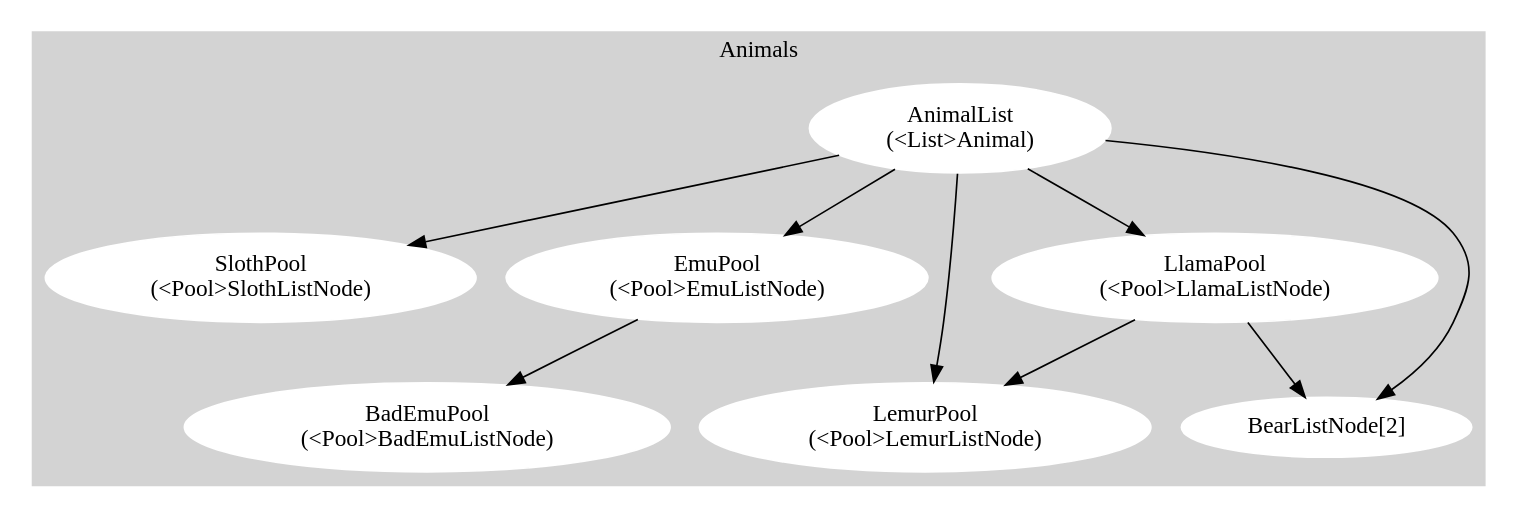
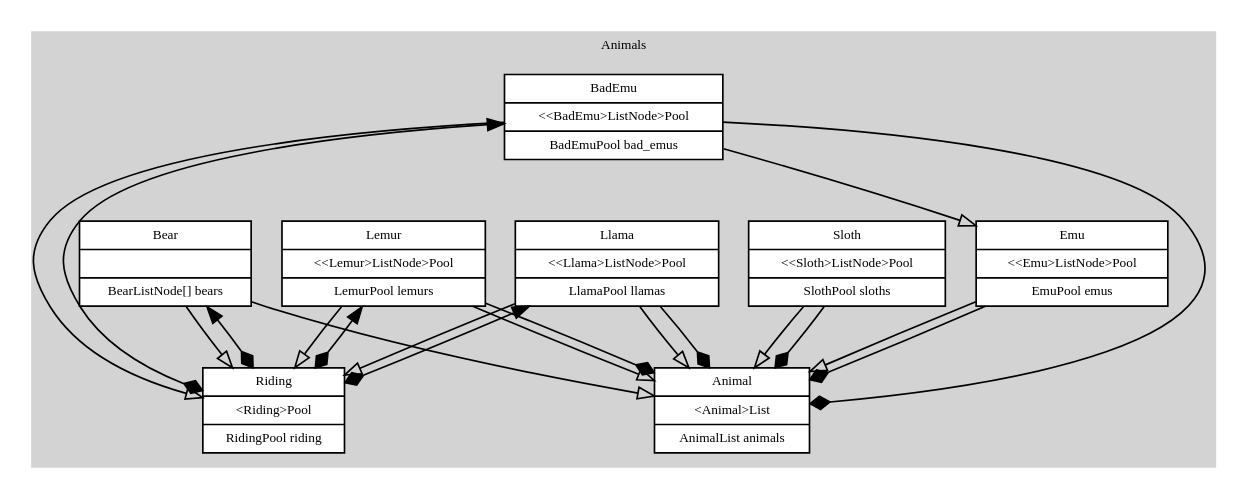
Before and after one commit to neil-edelman/boxes: the diagram in Animals.gv, drawn with Graphviz.

Commit message:
Graph update.

```diff
--- a/Animals.gv
+++ b/Animals.gv
@@ -1,23 +1,60 @@
 digraph {
+	fontname = "Bitstream Vera Sans";
+	fontsize = 8;
+	node [
+		fontname = "Bitstream Vera Sans",
+		fontsize = 8,
+		shape = "record"
+	];
+	edge [
+		fontname = "Bitstream Vera Sans",
+		fontsize = 8,
+	];
 	subgraph cluster_Animals {
+		label = "Animals";
 		style = filled;
 		color = lightgrey;
-		node [style = filled, color = white];
-		Animals -> Sloth;
-		Animals -> Emu;
-		Emu -> BadEmu;
-		Animals -> Llama;
-		Animals -> Lemur;
-		Animals -> Bear;
-		Llama -> Lemur;
-		Llama -> Bear;
-		label = "Animals";
+		node [style = filled, fillcolor = white];
+
+		Animal [ label = "{Animal|\<Animal\>List|AnimalList animals}" ];
+		Sloth [ label = "{Sloth|\<\<Sloth\>ListNode\>Pool|SlothPool sloths}" ];
+		Emu [ label = "{Emu|\<\<Emu\>ListNode\>Pool|EmuPool emus}"];
+		BadEmu [label=" {BadEmu|\<\<BadEmu\>ListNode\>Pool|BadEmuPool bad_emus}"];
+		Llama [label="{Llama|\<\<Llama\>ListNode\>Pool|LlamaPool llamas}"];
+		Lemur [label="{Lemur|\<\<Lemur\>ListNode\>Pool|LemurPool lemurs}"];
+		Bear [label="{Bear||BearListNode[] bears}"];
+		Riding [label="{Riding|\<Riding\>Pool|RidingPool riding}"];
+
+		# inheretance -- first section of the node
+		# nested {struct}s
+		edge [ arrowhead = "onormal" ];
+		Sloth -> Animal;
+		Emu -> Animal;
+		BadEmu -> Emu;
+		Llama -> Animal;
+		Lemur -> Animal;
+		Bear -> Animal;
+		Bear -> Riding;
+		Lemur -> Riding;
+		BadEmu -> Riding;
+		Llama -> Riding;
+
+		# composition -- second section of the node
+		# when the memory changes locations due to a {realloc}, this should update
+		edge [ arrowhead = "diamond" ];
+		Sloth -> Animal;
+		Emu -> Animal;
+		BadEmu -> Animal;
+		Llama -> Animal;
+		Lemur -> Animal;
+		edge [ dir = "both" ];
+		Bear -> Riding;
+		Lemur -> Riding;
+		BadEmu -> Riding;
+		Llama -> Riding;
+
+		# Riding
+		#Llama -> Lemur;
+		#Llama -> Bear;
 	}
-	Animals [label="AnimalList\n(<List>Animal)"];
-	Sloth [label="SlothPool\n(<Pool>SlothListNode)"];
-	Emu [label="EmuPool\n(<Pool>EmuListNode)"];
-	BadEmu [label="BadEmuPool\n(<Pool>BadEmuListNode)"];
-	Llama [label="LlamaPool\n(<Pool>LlamaListNode)"];
-	Lemur [label="LemurPool\n(<Pool>LemurListNode)"];
-	Bear [label="BearListNode[2]"];
 }
```
